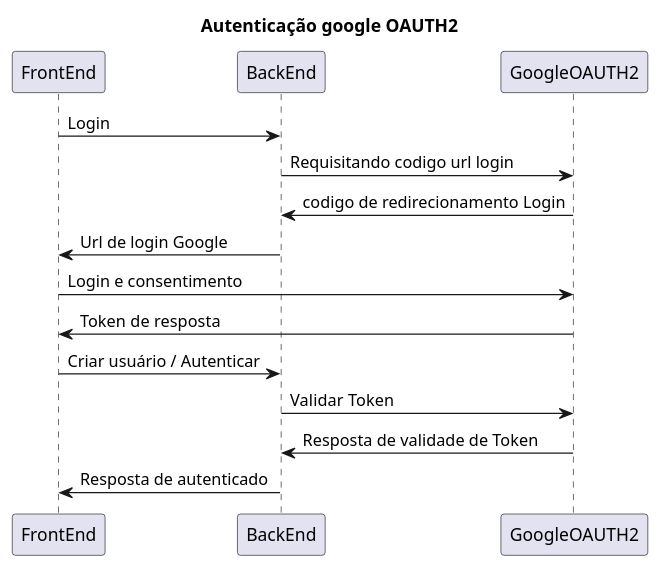
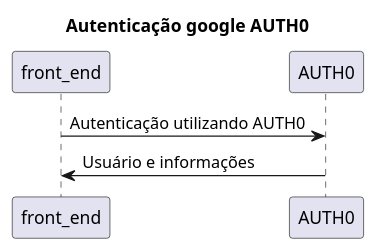
One commit to ProxDouglas/Projeto-Integrador-hq-store-back-end changed the diagram in diagrams/SequenciaMensagem/Autenticacao/sequence.puml. Above: the diagram before and after it, drawn with PlantUML. The commit also changed 9 other files, not shown here.

```diff
--- a/diagrams/SequenciaMensagem/Autenticacao/sequence.puml
+++ b/diagrams/SequenciaMensagem/Autenticacao/sequence.puml
@@ -1,13 +1,15 @@
 @startuml Login
-title Autenticação google OAUTH2
-FrontEnd -> BackEnd : Login
-BackEnd -> GoogleOAUTH2 : Requisitando codigo url login
-GoogleOAUTH2 -> BackEnd : codigo de redirecionamento Login
-BackEnd -> FrontEnd: Url de login Google
-FrontEnd -> GoogleOAUTH2 : Login e consentimento
-GoogleOAUTH2 -> FrontEnd : Token de resposta
-FrontEnd -> BackEnd : Criar usuário / Autenticar
-BackEnd -> GoogleOAUTH2 : Validar Token
-GoogleOAUTH2 -> BackEnd : Resposta de validade de Token
-BackEnd -> FrontEnd : Resposta de autenticado
+title Autenticação google AUTH0
+' FrontEnd -> BackEnd : Login
+' BackEnd -> GoogleOAUTH2 : Requisitando codigo url login
+' GoogleOAUTH2 -> BackEnd : codigo de redirecionamento Login
+' BackEnd -> FrontEnd: Url de login Google
+' FrontEnd -> GoogleOAUTH2 : Login e consentimento
+' GoogleOAUTH2 -> FrontEnd : Token de resposta
+' FrontEnd -> BackEnd : Criar usuário / Autenticar
+' BackEnd -> GoogleOAUTH2 : Validar Token
+' GoogleOAUTH2 -> BackEnd : Resposta de validade de Token
+' BackEnd -> FrontEnd : Resposta de autenticado
+front_end -> AUTH0 : Autenticação utilizando AUTH0 
+AUTH0 -> front_end : Usuário e informações 
 @enduml
```
